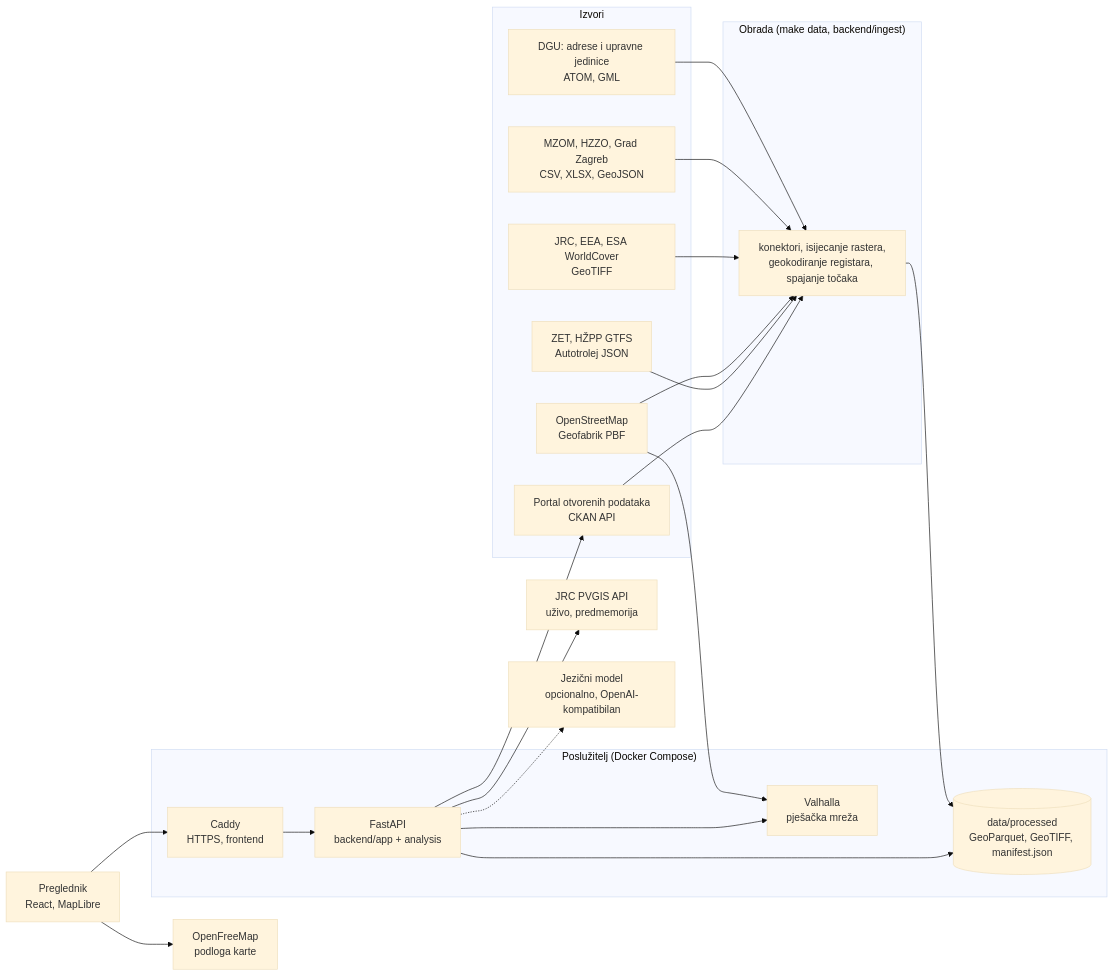
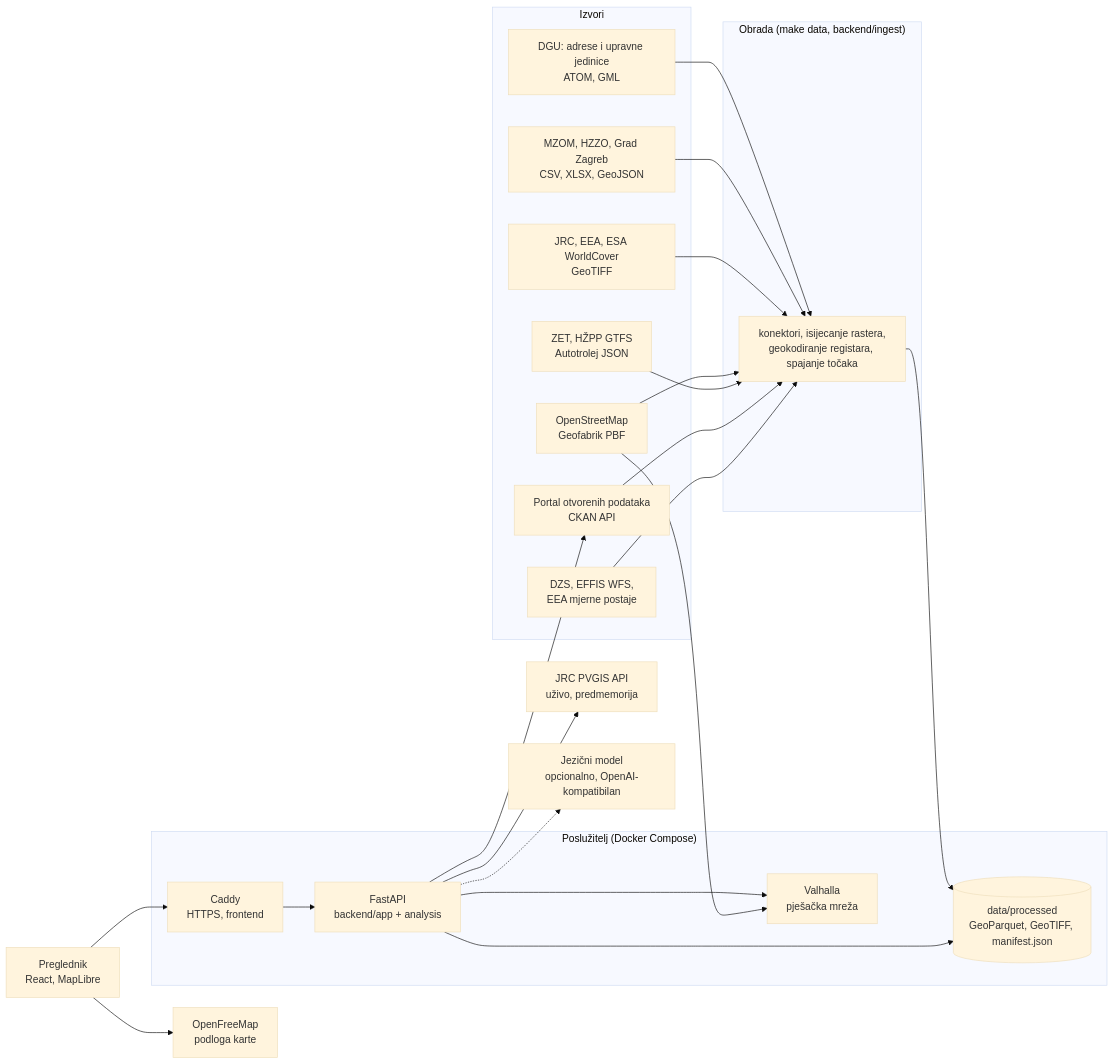
The diagram in docs/ARHITEKTURA.md (dlukas99/datathon_projekt), drawn with Mermaid (base theme) before and after one commit. The commit also changed other lines of this file and 18 other files, not shown here.

````diff
--- a/docs/ARHITEKTURA.md
+++ b/docs/ARHITEKTURA.md
@@ -5,32 +5,35 @@
 ```mermaid
 flowchart LR
   subgraph Izvori
     DGU[DGU: adrese i upravne jedinice<br/>ATOM, GML]
     REG[MZOM, HZZO, Grad Zagreb<br/>CSV, XLSX, GeoJSON]
     RAS[JRC, EEA, ESA WorldCover<br/>GeoTIFF]
     OSM[OpenStreetMap<br/>Geofabrik PBF]
     TT[ZET, HŽPP GTFS<br/>Autotrolej JSON]
     CK[Portal otvorenih podataka<br/>CKAN API]
+    EU[DZS, EFFIS WFS,<br/>EEA mjerne postaje]
   end
   subgraph Obrada["Obrada (make data, backend/ingest)"]
     ING[konektori, isijecanje rastera,<br/>geokodiranje registara, spajanje točaka]
   end
   DGU --> ING
   REG --> ING
   RAS --> ING
   OSM --> ING
   TT --> ING
   CK --> ING
+  EU --> ING
   ING --> PD[(data/processed<br/>GeoParquet, GeoTIFF, manifest.json)]
-  OSM --> VH[Valhalla<br/>pješačka mreža]
   subgraph Posluzitelj["Poslužitelj (Docker Compose)"]
+    VH[Valhalla<br/>pješačka mreža]
     CADDY[Caddy<br/>HTTPS, frontend] --> API[FastAPI<br/>backend/app + analysis]
     API --> PD
     API --> VH
   end
+  OSM --> VH
   API --> PV[JRC PVGIS API<br/>uživo, predmemorija]
   API --> CK
   API -.-> LLM[Jezični model<br/>opcionalno, OpenAI-kompatibilan]
   U[Preglednik<br/>React, MapLibre] --> CADDY
   U --> OFM[OpenFreeMap<br/>podloga karte]
 ```
````
